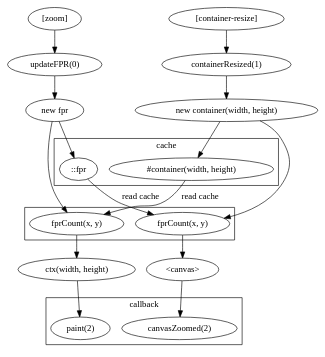
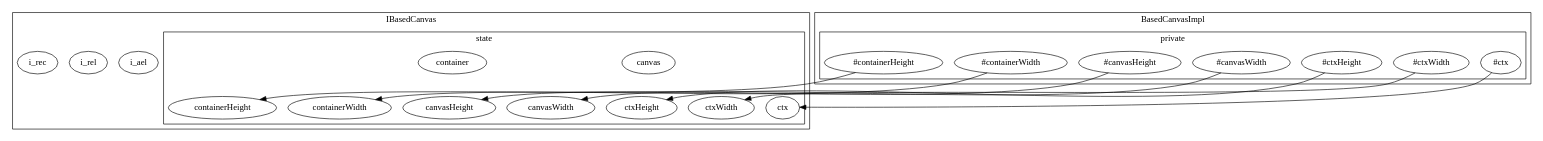
The diagram in src/BasedCanvas.dot (coalpha/based-canvas), drawn with Graphviz before and after one commit. The commit also changed 3 other files, not shown here.

```diff
--- a/src/BasedCanvas.dot
+++ b/src/BasedCanvas.dot
@@ -1,28 +1,46 @@
 digraph lib {
-   "[zoom]" -> "updateFPR(0)"
-   "[container-resize]" -> "containerResized(1)"
-   "updateFPR(0)" -> "new fpr" -> "::fpr"
-   "containerResized(1)" -> "new container(width, height)" -> "#container(width, height)"
-   subgraph cluster_0 {
-      label="cache"
-      "::fpr"
-      "#container(width, height)"
-   }
-   "new fpr" -> fprCount_zoom
-   "new container(width, height)" -> fprCount_resize
-   "::fpr" -> fprCount_resize [label="read cache"]
-   "#container(width, height)" -> fprCount_zoom [label="read cache"]
-   subgraph cluster_1 {
-      fprCount_zoom [label="fprCount(x, y)"]
-      fprCount_resize [label="fprCount(x, y)"]
+   // rankdir=LR
+   newrank="true"
+   subgraph cluster_IBasedCanvas {
+      label="IBasedCanvas"
+      i_ael
+      i_rel
+      i_rec
+      subgraph cluster_state {
+         label="state"
+         ctx
+         ctxWidth
+         ctxHeight
+
+         canvas
+         canvasWidth
+         canvasHeight
+
+         container
+         containerWidth
+         containerHeight
+      }
+
    }
 
-   fprCount_zoom -> "ctx(width, height)" -> "paint(2)"
-   fprCount_resize -> "<canvas>" -> "canvasZoomed(2)"
-
-   subgraph cluster_2 {
-      label="callback"
-      "paint(2)"
-      "canvasZoomed(2)"
+   subgraph cluster_BasedCanvasImpl {
+      label="BasedCanvasImpl"
+      subgraph cluster_private {
+         label="private"
+         "#ctx"
+         "#ctxWidth"
+         "#ctxHeight"
+         "#canvasWidth"
+         "#canvasHeight"
+         "#containerWidth"
+         "#containerHeight"
+      }
+      "#ctx" -> ctx
+      "#ctxWidth" -> ctxWidth
+      "#ctxHeight" -> ctxHeight
+      "#canvasWidth" -> canvasWidth
+      "#canvasHeight" -> canvasHeight
+      "#containerWidth" -> containerWidth
+      "#containerHeight" -> containerHeight
    }
 }
```
